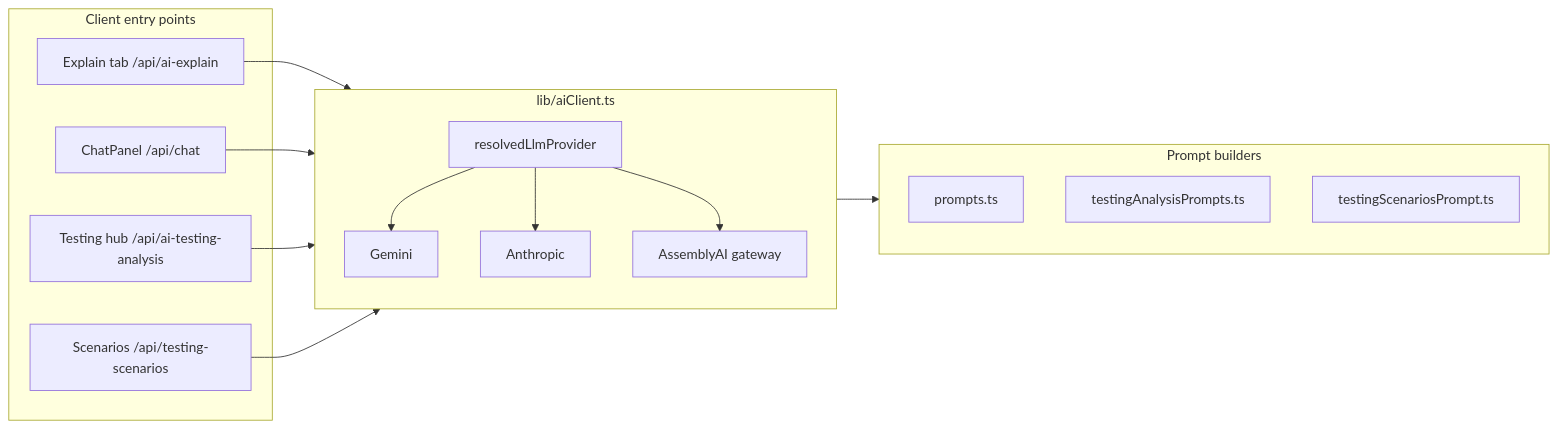
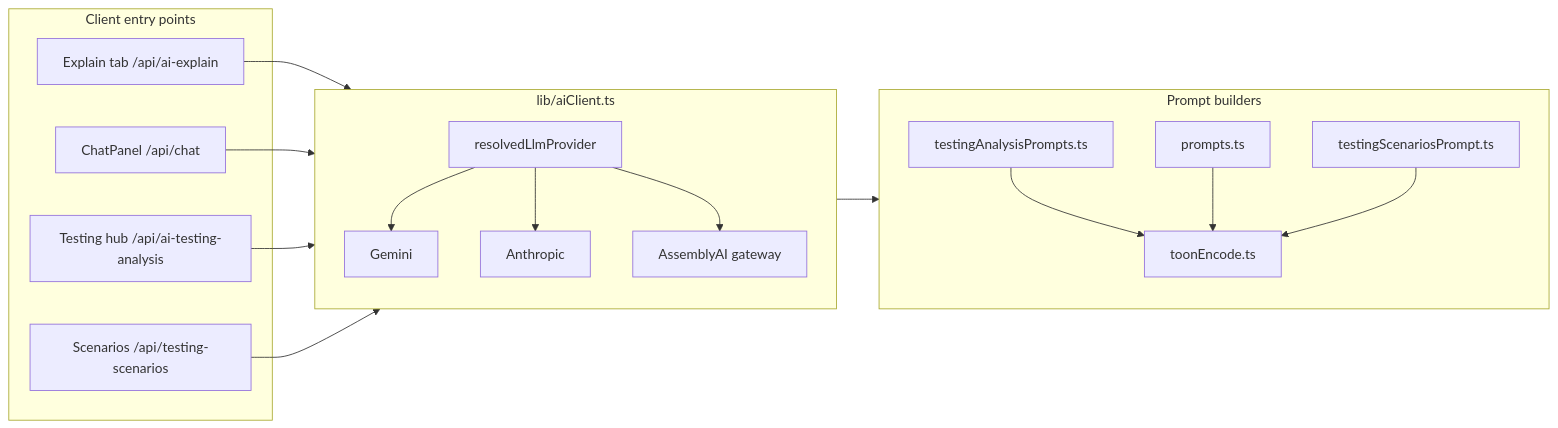
Before and after one commit to shahronit/AI-Accessibility-Agent: the fourth of 6 diagrams in ARCHITECTURE.md, drawn with Mermaid. The commit also changed other lines of this file and 8 other files, not shown here.

First line of the commit message:
feat: encode LLM scan payloads as TOON for lower token use

````diff
--- a/ARCHITECTURE.md
+++ b/ARCHITECTURE.md
@@ -137,31 +137,35 @@
 ```mermaid
 flowchart LR
   subgraph Entry["Client entry points"]
     E1[Explain tab /api/ai-explain]
     E2[ChatPanel /api/chat]
     E3[Testing hub /api/ai-testing-analysis]
     E4[Scenarios /api/testing-scenarios]
   end
 
   subgraph Core["lib/aiClient.ts"]
     R[resolvedLlmProvider]
     G[Gemini]
     AN[Anthropic]
     AS[AssemblyAI gateway]
     R --> G
     R --> AN
     R --> AS
   end
 
   subgraph Prompts["Prompt builders"]
     PR[prompts.ts]
     TA[testingAnalysisPrompts.ts]
     TS[testingScenariosPrompt.ts]
+    TN[toonEncode.ts]
+    TA --> TN
+    PR --> TN
+    TS --> TN
   end
 
   E1 --> Core
   E2 --> Core
   E3 --> Core
   E4 --> Core
   Core --> Prompts
 ```
````
